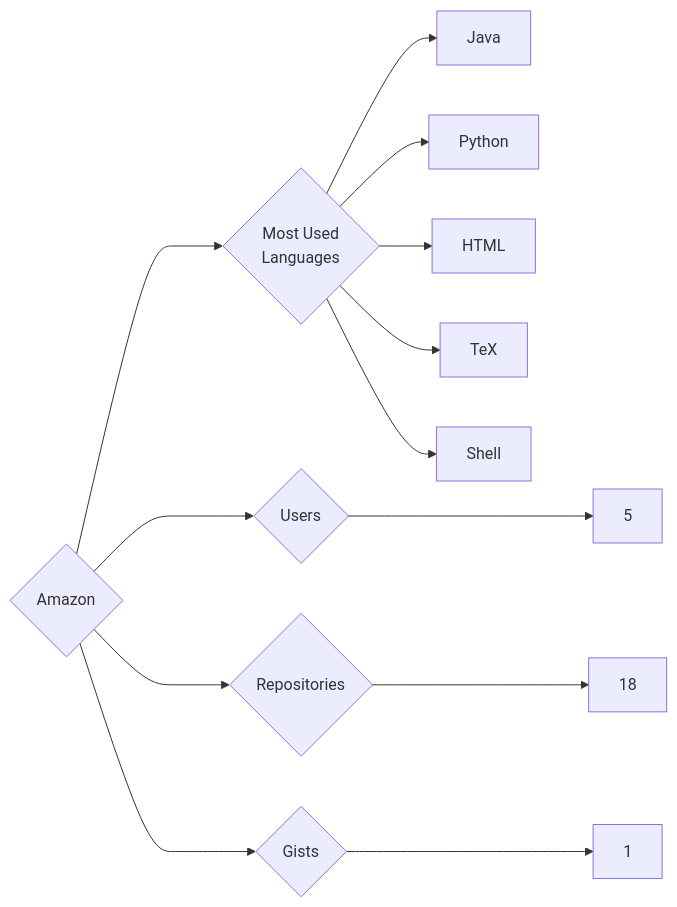
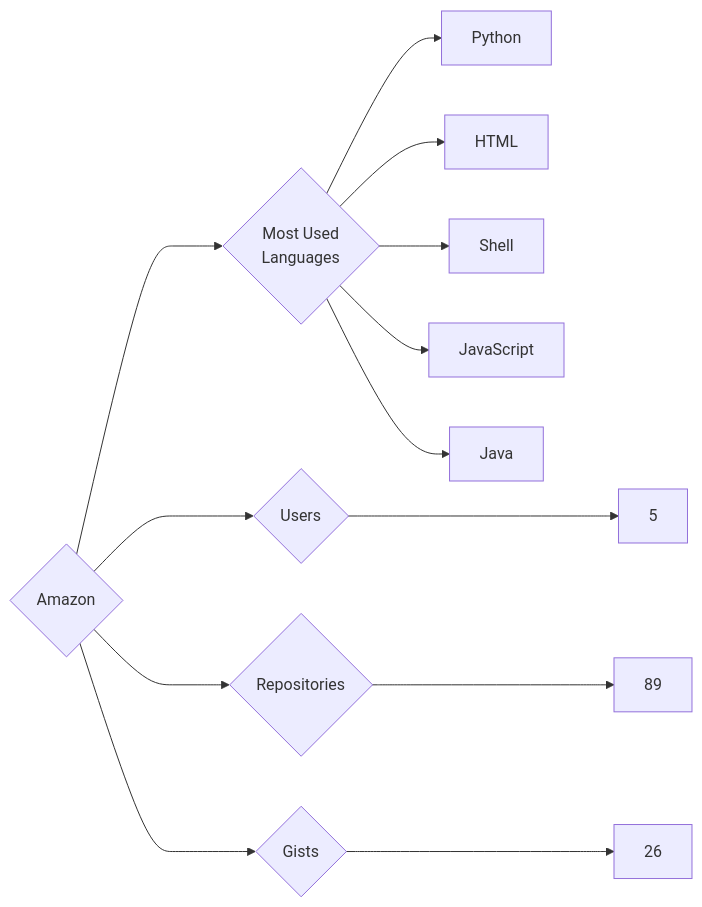
Before and after one commit to trickest/insiders: the diagram in targets/Amazon/README.md, drawn with Mermaid. The commit also changed 1175 other files, not shown here.

````diff
--- a/targets/Amazon/README.md
+++ b/targets/Amazon/README.md
@@ -3,13 +3,13 @@
 ```mermaid
 graph LR
 COMPANY_NAME{Amazon}
 COMPANY_NAME ---> U{Users} ---> UN[5]
-COMPANY_NAME ---> R{Repositories} ---> RN[18]
-COMPANY_NAME ---> G{Gists} ---> GN[1]
+COMPANY_NAME ---> R{Repositories} ---> RN[89]
+COMPANY_NAME ---> G{Gists} ---> GN[26]
 COMPANY_NAME ---> ML{Most Used<br>Languages}
-ML --> Java[Java]
 ML --> Python[Python]
 ML --> HTML[HTML]
-ML --> TeX[TeX]
 ML --> Shell[Shell]
+ML --> JavaScript[JavaScript]
+ML --> Java[Java]
 ```
````
